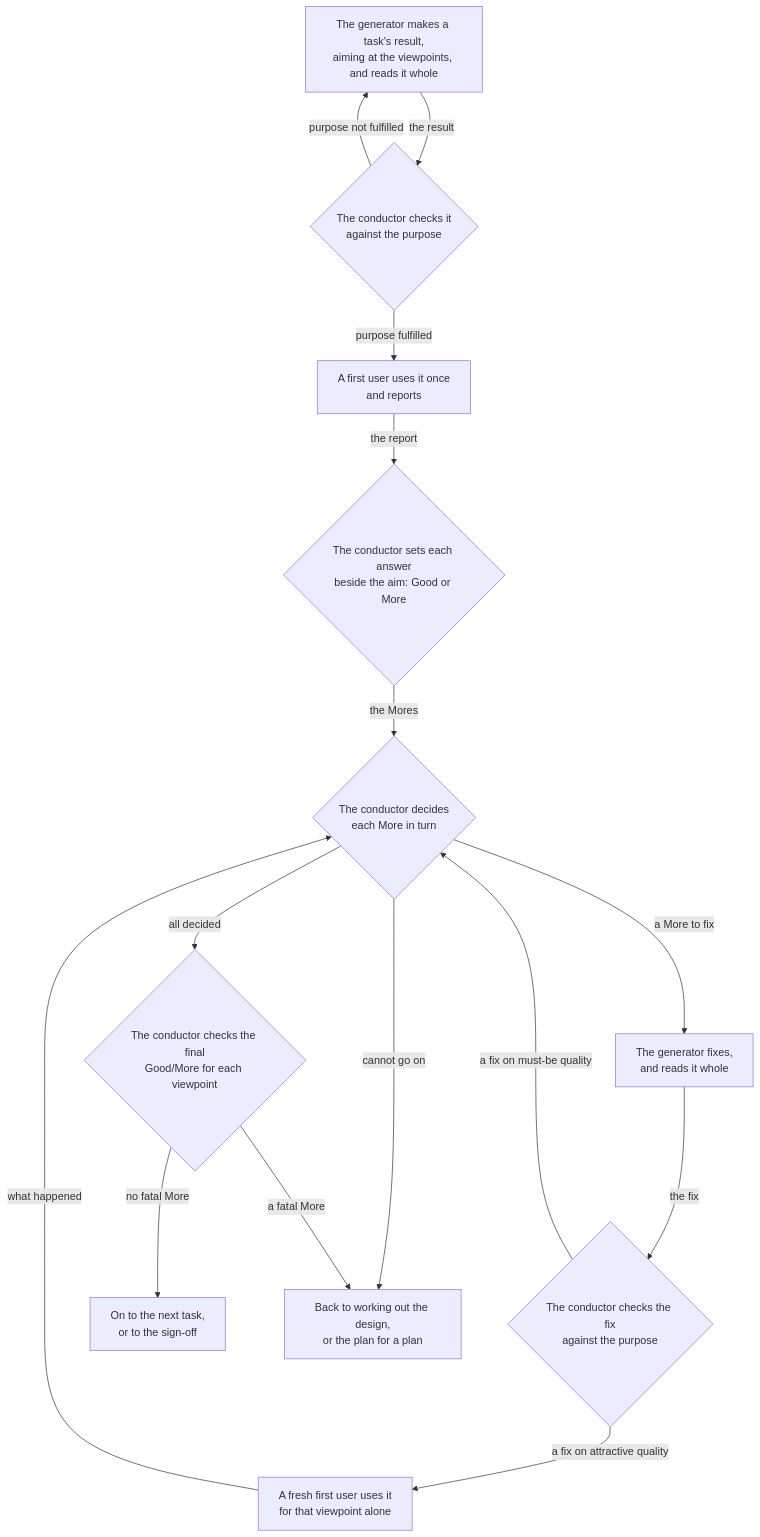
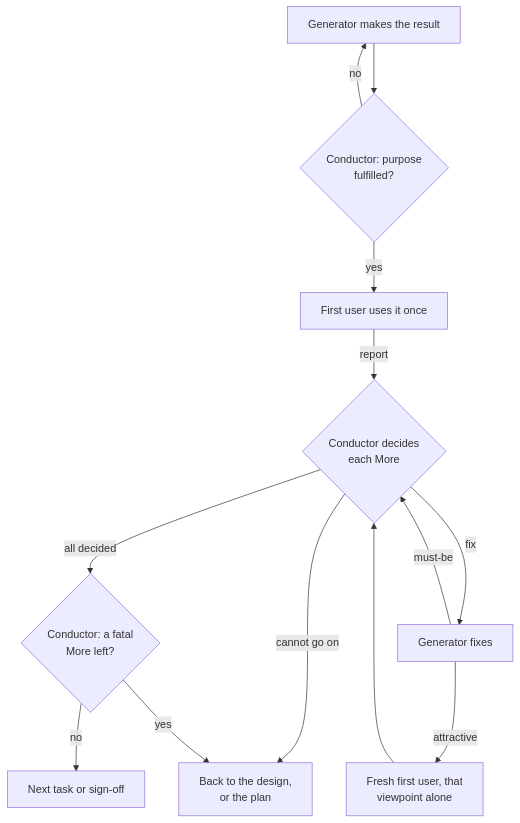
The second of 3 diagrams in rn/docs/design.md (lovaizu/ccpm), drawn with Mermaid before and after one commit. The commit also changed other lines of this file and 3 other files, not shown here.

First line of the commit message:
docs(rn): cut the documents to what their readers use, and make the verification document what reruns the checks

````diff
--- a/rn/docs/design.md
+++ b/rn/docs/design.md
@@ -400,28 +297,24 @@
 ```mermaid
 flowchart TD
-    M["The generator makes a task's result,<br/>aiming at the viewpoints, and reads it whole"]
-    K{"The conductor checks it<br/>against the purpose"}
-    V["A first user uses it once<br/>and reports"]
-    KE{"The conductor sets each answer<br/>beside the aim: Good or More"}
-    D{"The conductor decides<br/>each More in turn"}
-    F["The generator fixes,<br/>and reads it whole"]
-    FK{"The conductor checks the fix<br/>against the purpose"}
-    R["A fresh first user uses it<br/>for that viewpoint alone"]
-    J{"The conductor checks the final<br/>Good/More for each viewpoint"}
-    N["On to the next task,<br/>or to the sign-off"]
-    U["Back to working out the design,<br/>or the plan for a plan"]
-    M -->|"the result"| K
-    K -->|"purpose not fulfilled"| M
-    K -->|"purpose fulfilled"| V
-    V -->|"the report"| KE
-    KE -->|"the Mores"| D
-    D -->|"a More to fix"| F
-    F -->|"the fix"| FK
-    FK -->|"a fix on attractive quality"| R
-    FK -->|"a fix on must-be quality"| D
-    R -->|"what happened"| D
+    M["Generator makes the result"]
+    K{"Conductor: purpose<br/>fulfilled?"}
+    V["First user uses it once"]
+    D{"Conductor decides<br/>each More"}
+    F["Generator fixes"]
+    R["Fresh first user, that<br/>viewpoint alone"]
+    J{"Conductor: a fatal<br/>More left?"}
+    N["Next task or sign-off"]
+    U["Back to the design,<br/>or the plan"]
+    M --> K
+    K -->|"no"| M
+    K -->|"yes"| V
+    V -->|"report"| D
+    D -->|"fix"| F
+    F -->|"attractive"| R
+    F -->|"must-be"| D
+    R --> D
     D -->|"all decided"| J
     D -->|"cannot go on"| U
-    J -->|"no fatal More"| N
-    J -->|"a fatal More"| U
+    J -->|"no"| N
+    J -->|"yes"| U
 ```
````
